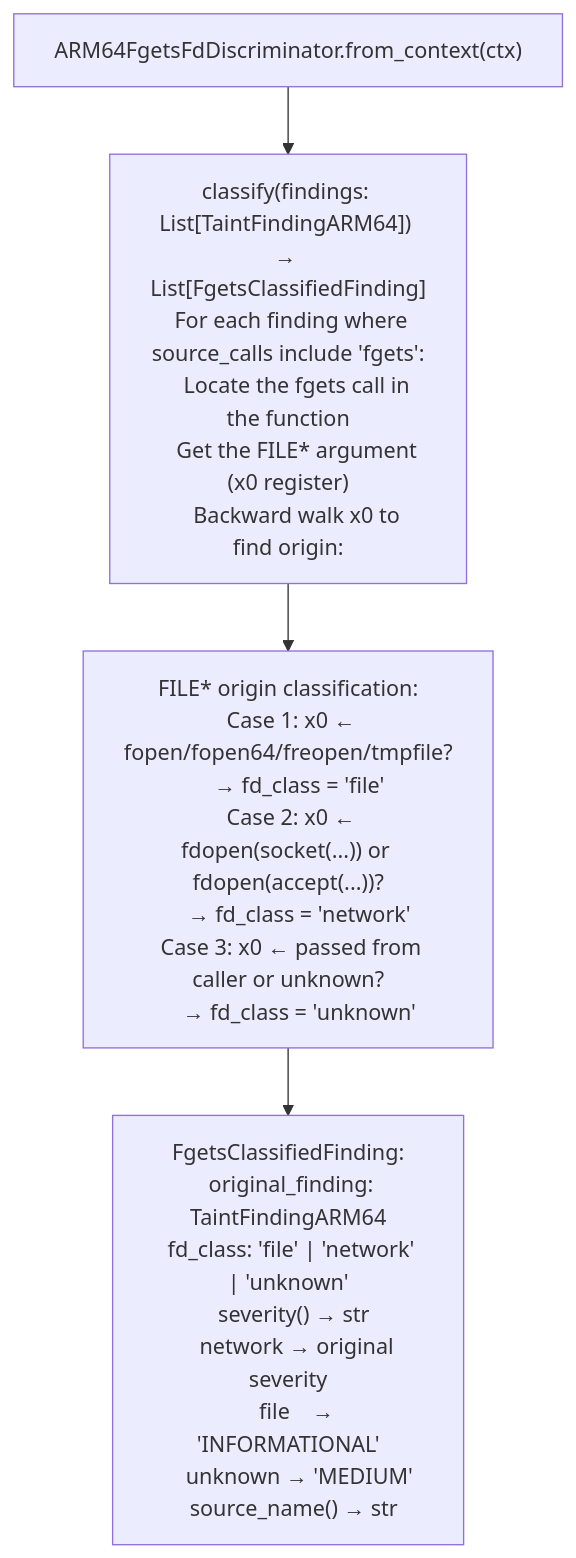
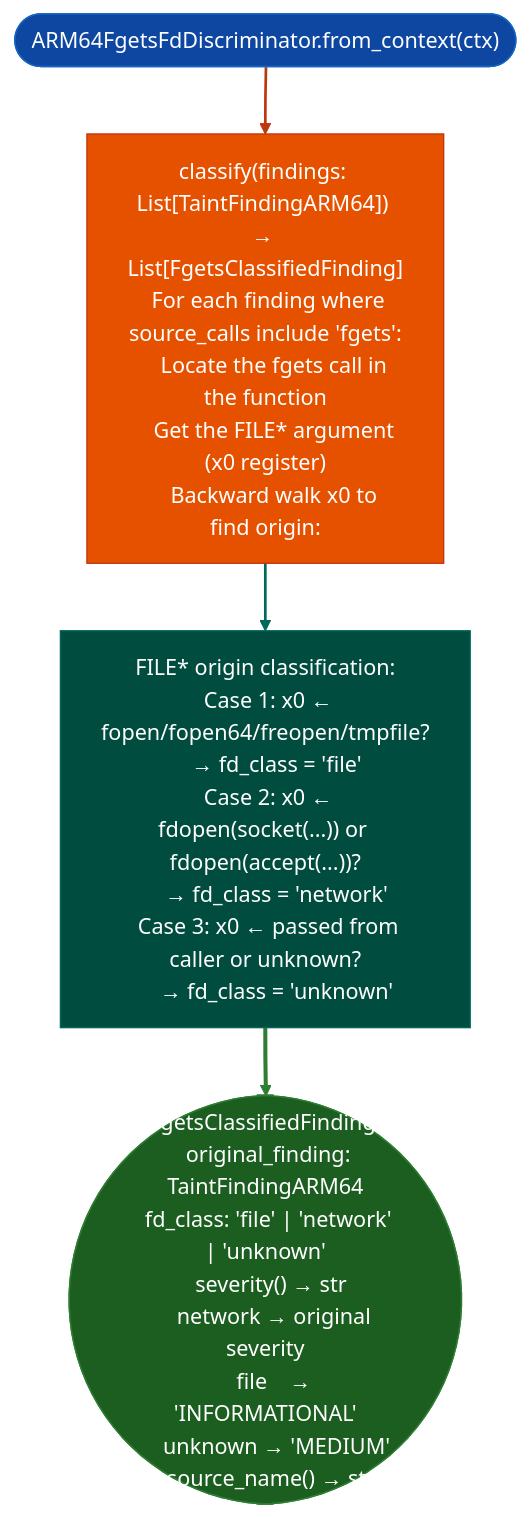
Before and after one commit to Ablation-Tool/ablation: the diagram in docs/reference-modules/file-versus-socket-input-discrimination.md, drawn with Mermaid. The commit also changed 320 other files, not shown here.

First line of the commit message:
docs: apply canonical Mermaid template to all 321 diagrams

````diff
--- a/docs/reference-modules/file-versus-socket-input-discrimination.md
+++ b/docs/reference-modules/file-versus-socket-input-discrimination.md
@@ -19,6 +19,15 @@
 ```mermaid
 flowchart TD
-    A["ARM64FgetsFdDiscriminator.from_context(ctx)"] --> B["classify(findings: List[TaintFindingARM64]) → List[FgetsClassifiedFinding]\n  For each finding where source_calls include 'fgets':\n    Locate the fgets call in the function\n    Get the FILE* argument (x0 register)\n    Backward walk x0 to find origin:"]
-    B --> C["FILE* origin classification:\n  Case 1: x0 ← fopen/fopen64/freopen/tmpfile?\n    → fd_class = 'file'\n  Case 2: x0 ← fdopen(socket(...)) or fdopen(accept(...))?\n    → fd_class = 'network'\n  Case 3: x0 ← passed from caller or unknown?\n    → fd_class = 'unknown'"]
-    C --> D["FgetsClassifiedFinding:\n  original_finding: TaintFindingARM64\n  fd_class: 'file' | 'network' | 'unknown'\n  severity() → str\n    network → original severity\n    file    → 'INFORMATIONAL'\n    unknown → 'MEDIUM'\n  source_name() → str"]
+    A(["ARM64FgetsFdDiscriminator.from_context(ctx)"]):::input --> B["classify(findings: List[TaintFindingARM64]) → List[FgetsClassifiedFinding]\n  For each finding where source_calls include 'fgets':\n    Locate the fgets call in the function\n    Get the FILE* argument (x0 register)\n    Backward walk x0 to find origin:"]:::primary
+    B:::primary --> C["FILE* origin classification:\n  Case 1: x0 ← fopen/fopen64/freopen/tmpfile?\n    → fd_class = 'file'\n  Case 2: x0 ← fdopen(socket(...)) or fdopen(accept(...))?\n    → fd_class = 'network'\n  Case 3: x0 ← passed from caller or unknown?\n    → fd_class = 'unknown'"]:::secondary
+    C:::secondary --> D(["FgetsClassifiedFinding:\n  original_finding: TaintFindingARM64\n  fd_class: 'file' | 'network' | 'unknown'\n  severity() → str\n    network → original severity\n    file    → 'INFORMATIONAL'\n    unknown → 'MEDIUM'\n  source_name() → str"]):::output
+    classDef input     fill:#0d47a1,stroke:#1565c0,color:#fff
+    classDef primary   fill:#e65100,stroke:#bf360c,color:#fff
+    classDef secondary fill:#004d40,stroke:#00695c,color:#fff
+    classDef tertiary  fill:#4a148c,stroke:#6a1b9a,color:#fff
+    classDef neutral   fill:#37474f,stroke:#546e7a,color:#fff
+    classDef output    fill:#1b5e20,stroke:#2e7d32,color:#fff
+    linkStyle 0 stroke:#bf360c,stroke-width:2px
+    linkStyle 1 stroke:#00695c,stroke-width:2px
+    linkStyle 2 stroke:#2e7d32,stroke-width:3px
 ```
````
